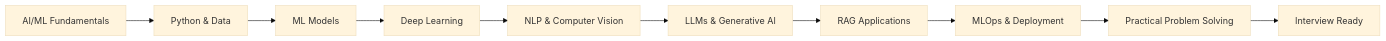
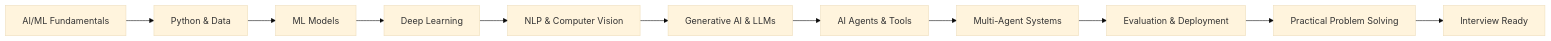
Before and after one commit to FirdowsRahaman/ai-ml-fresher-roadmap: the second of 2 diagrams in README.md, drawn with Mermaid (base theme). The commit also changed other lines of this file, not shown here.

Commit message:
feat: complete expansion to 12 modules including AI Agents and MCP

````diff
--- a/README.md
+++ b/README.md
@@ -213,12 +295,13 @@
 ```mermaid
 flowchart LR
     A["AI/ML Fundamentals"] --> B[Python & Data]
     B --> C[ML Models]
     C --> D[Deep Learning]
     D --> E["NLP & Computer Vision"]
-    E --> F["LLMs & Generative AI"]
-    F --> G[RAG Applications]
-    G --> H[MLOps & Deployment]
-    H --> I[Practical Problem Solving]
-    I --> J[Interview Ready]
+    E --> F["Generative AI & LLMs"]
+    F --> G[AI Agents & Tools]
+    G --> H[Multi-Agent Systems]
+    H --> I[Evaluation & Deployment]
+    I --> J[Practical Problem Solving]
+    J --> K[Interview Ready]
 ```
````
